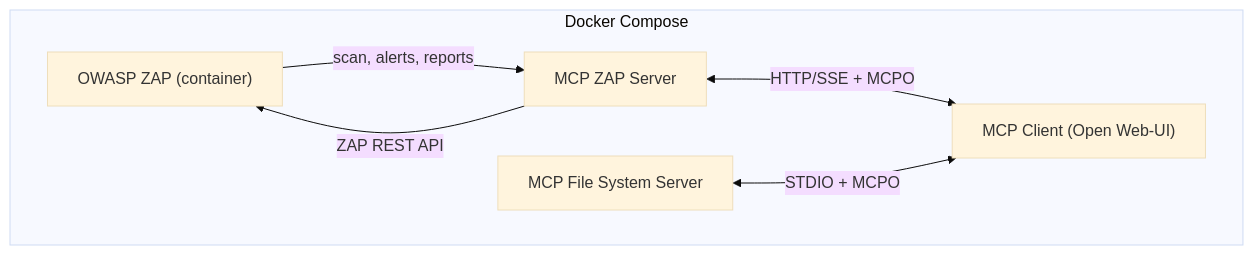
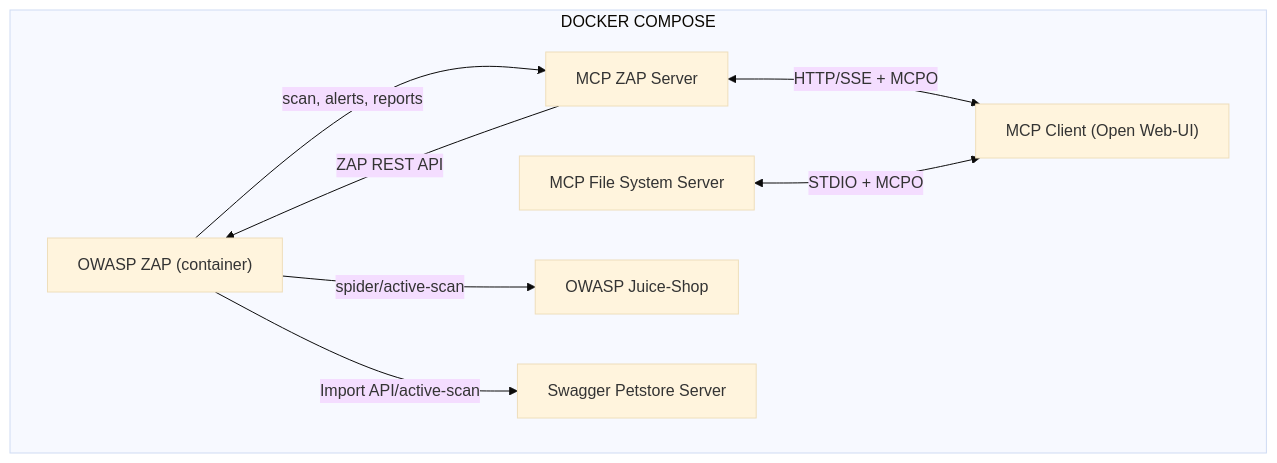
The diagram in README.md (dtkmn/mcp-zap-server), drawn with Mermaid (base theme) before and after one commit.

Commit message:
README updates

````diff
--- a/README.md
+++ b/README.md
@@ -17,14 +17,20 @@
 ```mermaid
 flowchart LR
-  subgraph "Docker Compose"
+  subgraph "DOCKER COMPOSE"
     direction LR
     ZAP["OWASP ZAP (container)"]
     MCPZAP["MCP ZAP Server"]
     MCPFile["MCP File System Server"]
     Client["MCP Client (Open Web-UI)"]
+    Juice["OWASP Juice-Shop"]
+    Petstore["Swagger Petstore Server"]
   end
+
   MCPZAP <-->|HTTP/SSE + MCPO| Client
   MCPFile <-->|STDIO + MCPO| Client
   MCPZAP -->|ZAP REST API| ZAP
   ZAP -->|scan, alerts, reports| MCPZAP
+
+  ZAP -->|spider/active-scan| Juice
+  ZAP -->|Import API/active-scan| Petstore
 ```
````
